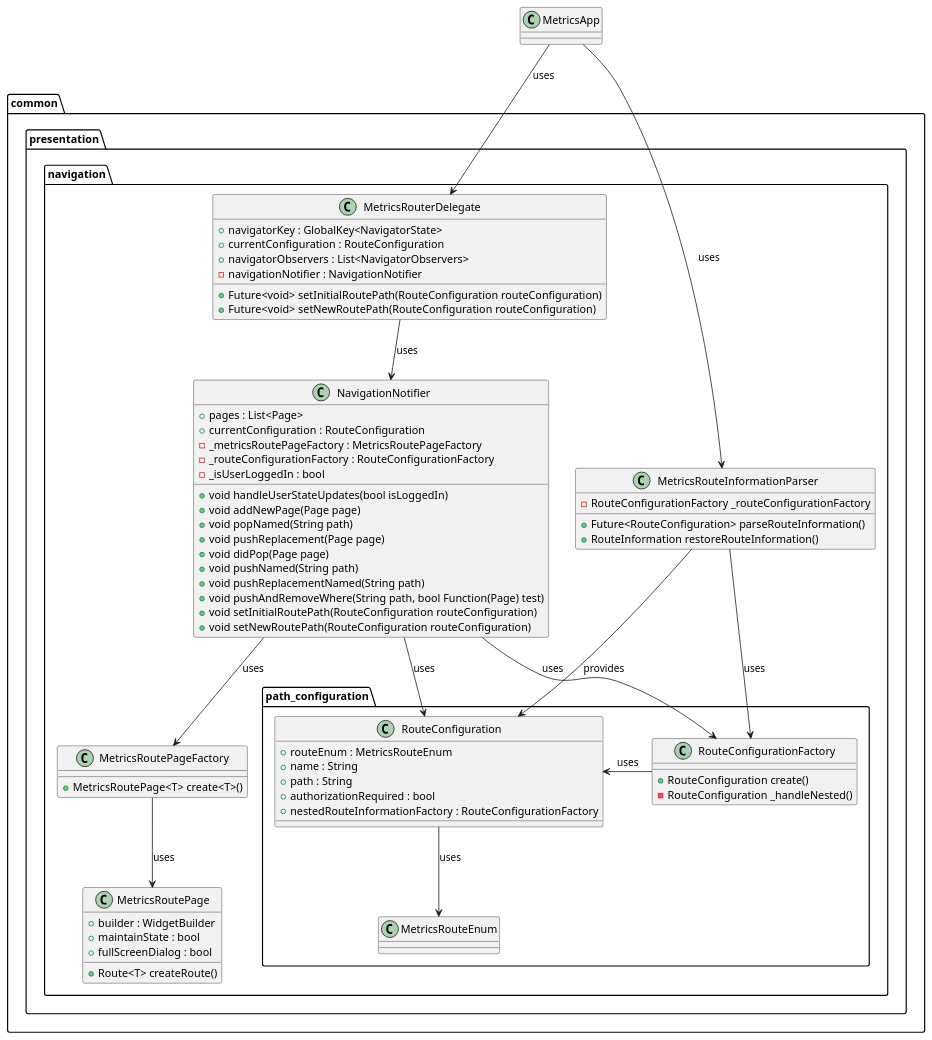
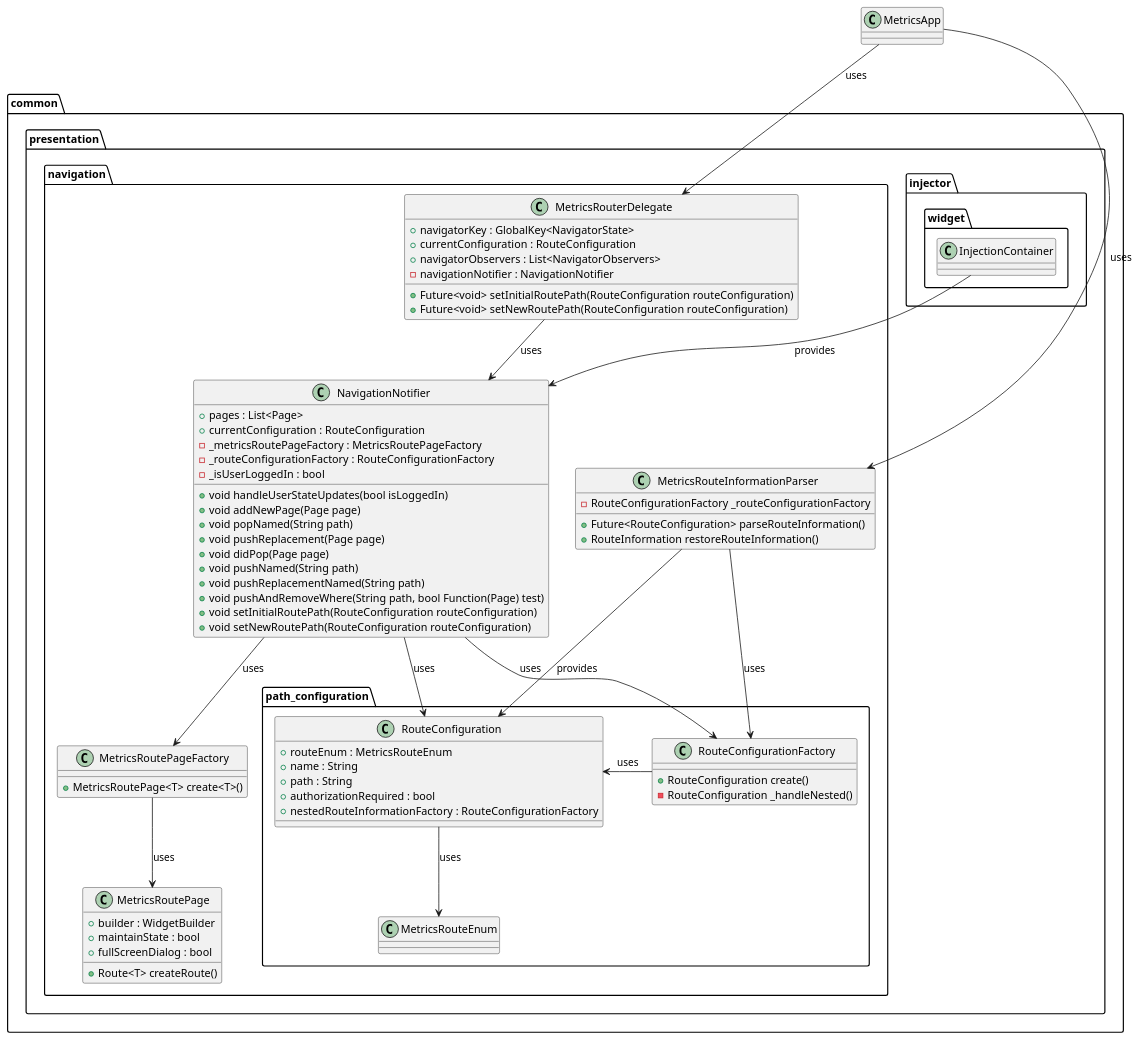
Before and after one commit to Flank/flank-dashboard: the diagram in metrics/web/docs/features/navigation/diagrams/navigation_class_diagram.puml, drawn with PlantUML. The commit also changed 1 other file, not shown here.

Commit message:
Minor document and diagram improvements

```diff
--- a/metrics/web/docs/features/navigation/diagrams/navigation_class_diagram.puml
+++ b/metrics/web/docs/features/navigation/diagrams/navigation_class_diagram.puml
@@ -1,72 +1,85 @@
 @startuml navigation_class_diagram
 
 class MetricsApp {}
 
-package common.presentation.navigation {
+package common.presentation {
+    package injector.widget {
+        class InjectionContainer {}
+    }
+
+
+    package navigation {
         package path_configuration {
             class RouteConfiguration {
-               + routeEnum : MetricsRouteEnum
-               + name : String
-               + path : String
-               + authorizationRequired : bool
-               + nestedRouteInformationFactory : RouteConfigurationFactory
+                + routeEnum : MetricsRouteEnum
+                + name : String
+                + path : String
+                + authorizationRequired : bool
+                + nestedRouteInformationFactory : RouteConfigurationFactory
             }
             class MetricsRouteEnum {}
             class RouteConfigurationFactory {
-               + RouteConfiguration create()
-               - RouteConfiguration _handleNested()
+                + RouteConfiguration create()
+                - RouteConfiguration _handleNested()
             }
         }
         class MetricsRouteInformationParser {
             - RouteConfigurationFactory _routeConfigurationFactory
             + Future<RouteConfiguration> parseRouteInformation()
             + RouteInformation restoreRouteInformation()
         }
         class MetricsRouterDelegate {
             + navigatorKey : GlobalKey<NavigatorState>
             + currentConfiguration : RouteConfiguration
             + navigatorObservers : List<NavigatorObservers>
             - navigationNotifier : NavigationNotifier
             + Future<void> setInitialRoutePath(RouteConfiguration routeConfiguration)
             + Future<void> setNewRoutePath(RouteConfiguration routeConfiguration)
         }
         class NavigationNotifier {
-            + pages : List<Page> 
+            + pages : List<Page>
             + currentConfiguration : RouteConfiguration
             - _metricsRoutePageFactory : MetricsRoutePageFactory
             - _routeConfigurationFactory : RouteConfigurationFactory
             - _isUserLoggedIn : bool
             + void handleUserStateUpdates(bool isLoggedIn)
             + void addNewPage(Page page)
             + void popNamed(String path)
             + void pushReplacement(Page page)
             + void didPop(Page page)
             + void pushNamed(String path)
             + void pushReplacementNamed(String path)
             + void pushAndRemoveWhere(String path, bool Function(Page) test)
             + void setInitialRoutePath(RouteConfiguration routeConfiguration)
             + void setNewRoutePath(RouteConfiguration routeConfiguration)
         }
         class MetricsRoutePageFactory{
             + MetricsRoutePage<T> create<T>()
         }
         class MetricsRoutePage {
             + builder : WidgetBuilder
             + maintainState : bool
             + fullScreenDialog : bool
             + Route<T> createRoute()
-        } 
+        }
+
+    }
 }
+
+InjectionContainer --> NavigationNotifier : provides
 
 MetricsApp --> MetricsRouteInformationParser :uses
 MetricsApp --> MetricsRouterDelegate : uses
+
 MetricsRouteInformationParser --> RouteConfiguration : provides
 MetricsRouteInformationParser --> RouteConfigurationFactory : uses
+
 RouteConfiguration --> MetricsRouteEnum : uses
 RouteConfigurationFactory -> RouteConfiguration : uses
 MetricsRouterDelegate --> NavigationNotifier : uses
 NavigationNotifier --> RouteConfigurationFactory : uses
 NavigationNotifier --> RouteConfiguration : uses
 NavigationNotifier --> MetricsRoutePageFactory : uses
 MetricsRoutePageFactory --> MetricsRoutePage : uses
+
 @enduml
```
